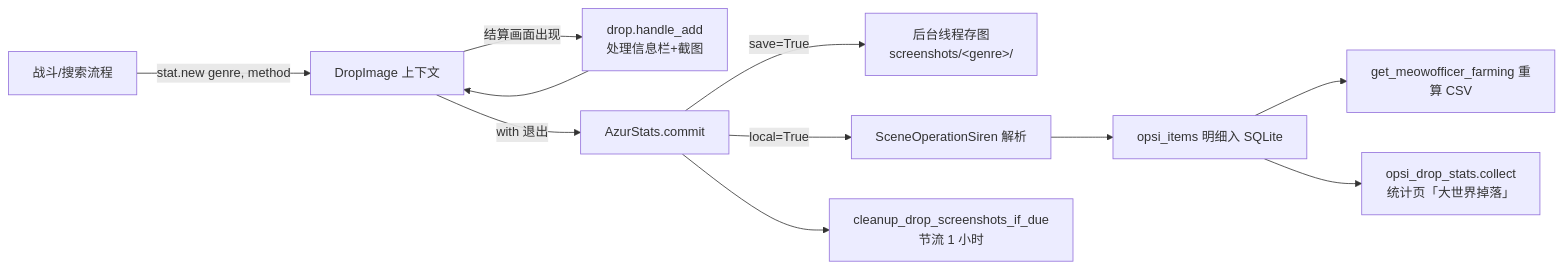
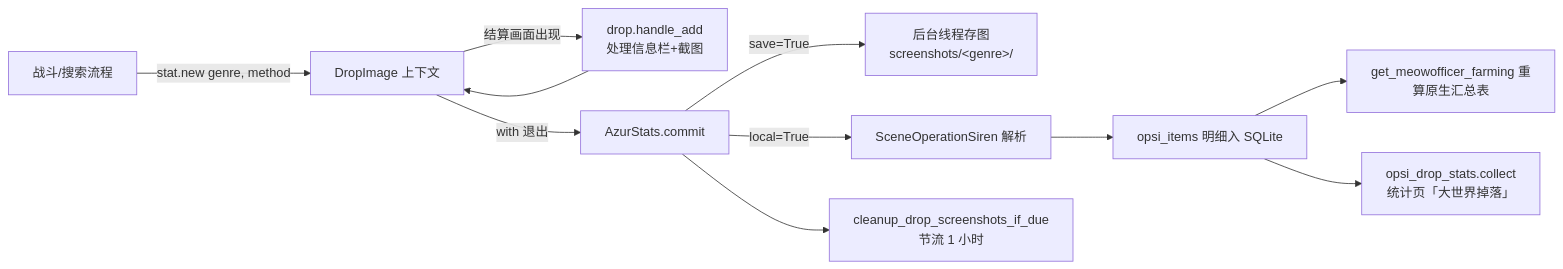
The first of 3 diagrams in docs/modules/infra/statistics.md (Beatrice-betty/AzurPilot), drawn with Mermaid before and after one commit. The commit also changed other lines of this file and 76 other files, not shown here.

````diff
--- a/docs/modules/infra/statistics.md
+++ b/docs/modules/infra/statistics.md
@@ -218,13 +216,13 @@
 ```mermaid
 flowchart LR
     A[战斗/搜索流程] -->|stat.new genre, method| B[DropImage 上下文]
     B -->|结算画面出现| C[drop.handle_add<br/>处理信息栏+截图]
     C --> B
     B -->|with 退出| D[AzurStats.commit]
     D -->|save=True| E[后台线程存图<br/>screenshots/&lt;genre&gt;/]
     D -->|local=True| F[SceneOperationSiren 解析]
     F --> G[opsi_items 明细入 SQLite]
-    G --> H[get_meowofficer_farming 重算 CSV]
+    G --> H[get_meowofficer_farming 重算原生汇总表]
     G --> J[opsi_drop_stats.collect<br/>统计页「大世界掉落」]
     D --> I[cleanup_drop_screenshots_if_due<br/>节流 1 小时]
 ```
````
